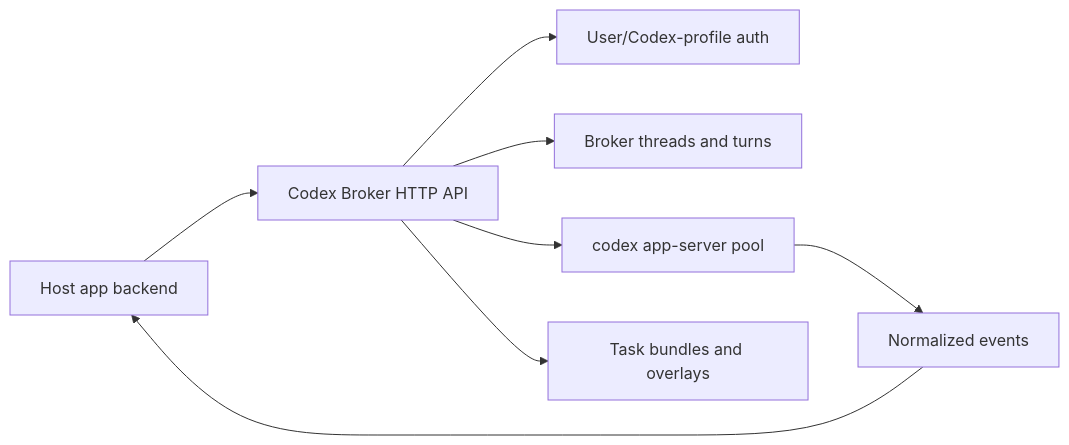
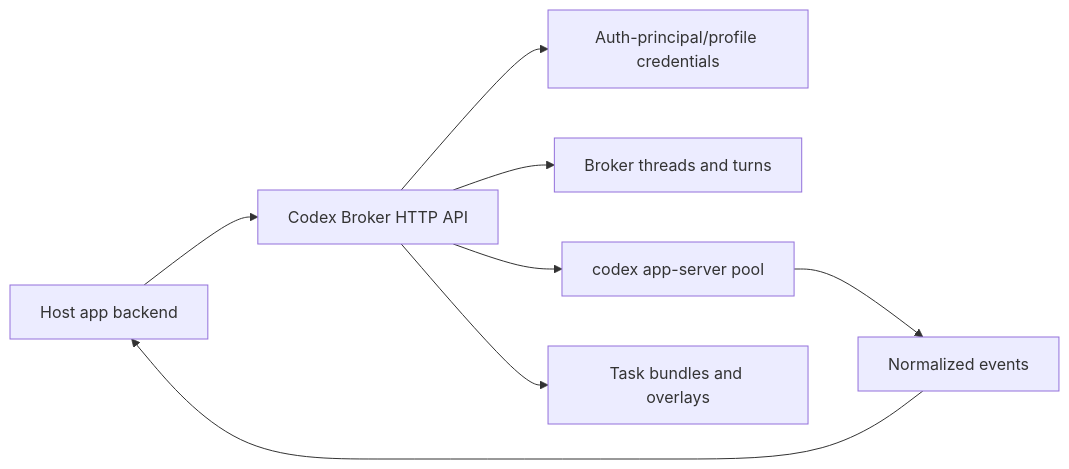
One commit to jonasjancarik/codex-broker changed the diagram in fern/docs/pages/index.mdx. Above: the diagram before and after it, drawn with Mermaid. The commit also changed other lines of this file and 15 other files, not shown here.

Commit message:
Document shared Codex auth principals

````diff
--- a/fern/docs/pages/index.mdx
+++ b/fern/docs/pages/index.mdx
@@ -39,10 +39,10 @@
 ```mermaid
 flowchart LR
   Host["Host app backend"] --> Broker["Codex Broker HTTP API"]
-  Broker --> Auth["User/Codex-profile auth"]
+  Broker --> Auth["Auth-principal/profile credentials"]
   Broker --> Threads["Broker threads and turns"]
   Broker --> Pool["codex app-server pool"]
   Broker --> Bundles["Task bundles and overlays"]
   Pool --> Events["Normalized events"]
   Events --> Host
 ```
````
